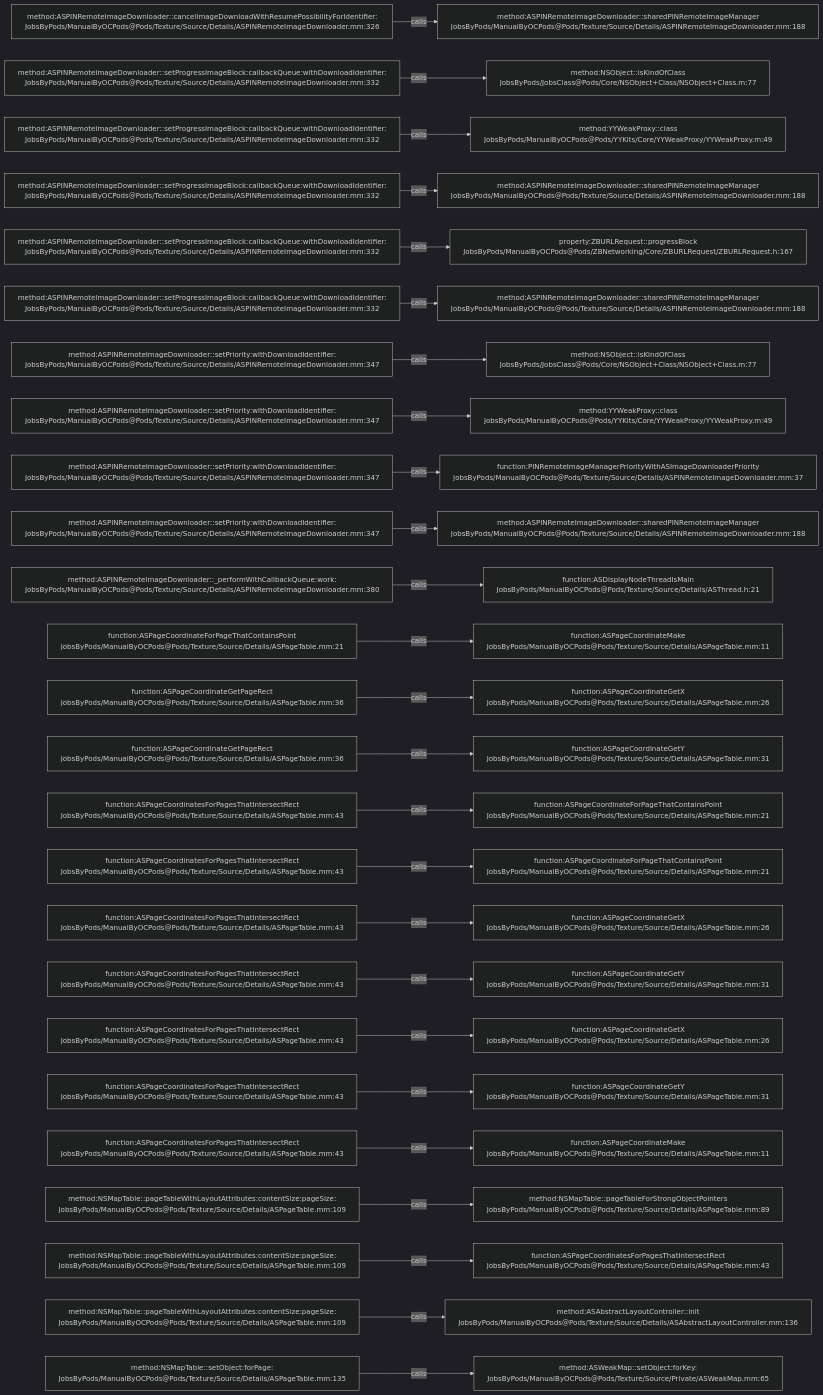
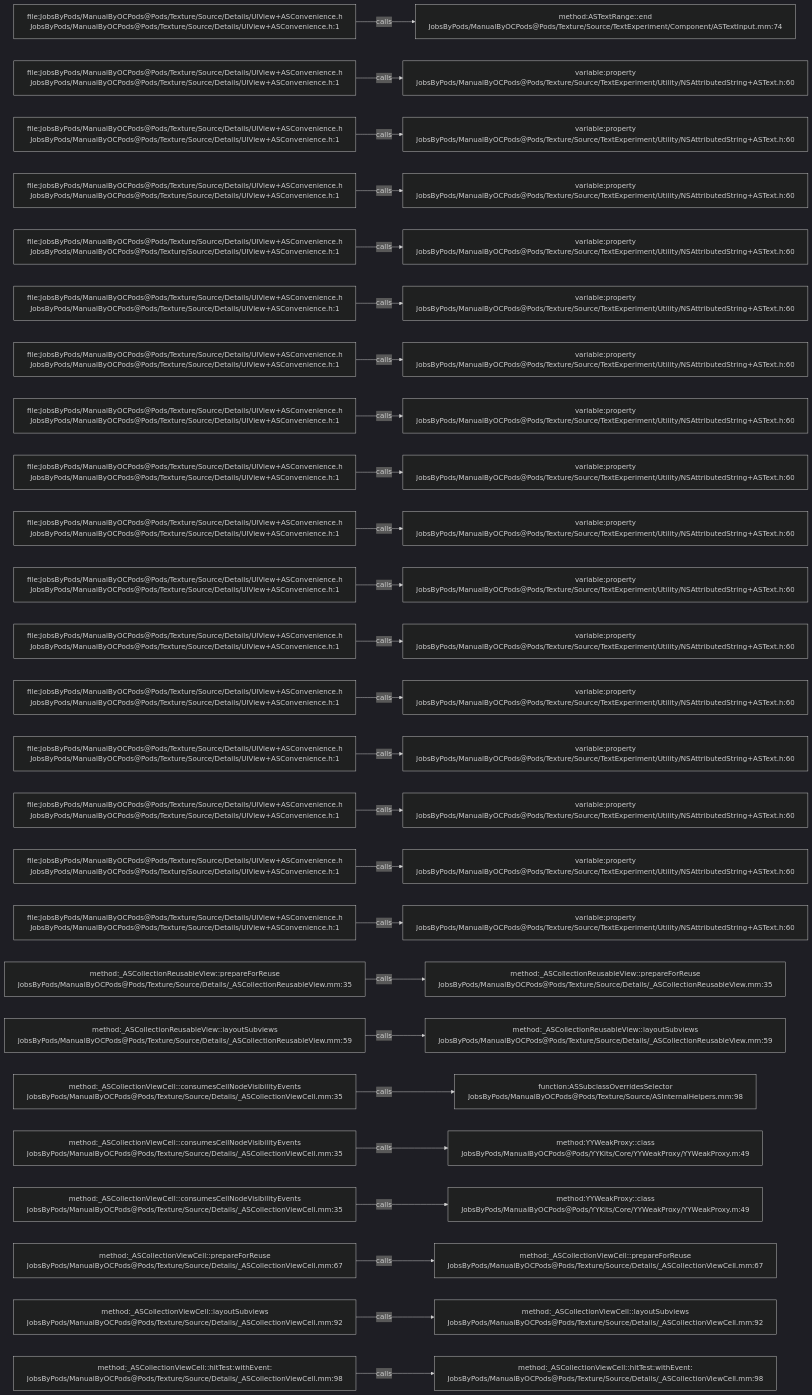
Before and after one commit to JobsKits/JobsOCBaseConfigDemo: the diagram in .codegraph/codegraph.md/graphs/calls-154.md, drawn with Mermaid (dark theme). The commit also changed 2723 other files, not shown here.

````diff
--- a/.codegraph/codegraph.md/graphs/calls-154.md
+++ b/.codegraph/codegraph.md/graphs/calls-154.md
@@ -13,78 +13,78 @@
 ```mermaid
 flowchart LR
-  S1["method:ASPINRemoteImageDownloader::cancelImageDownloadWithResumePossibilityForIdentifier:<br/>JobsByPods/ManualByOCPods@Pods/Texture/Source/Details/ASPINRemoteImageDownloader.mm:326"]
-  T1["method:ASPINRemoteImageDownloader::sharedPINRemoteImageManager<br/>JobsByPods/ManualByOCPods@Pods/Texture/Source/Details/ASPINRemoteImageDownloader.mm:188"]
+  S1["file:JobsByPods/ManualByOCPods@Pods/Texture/Source/Details/UIView+ASConvenience.h<br/>JobsByPods/ManualByOCPods@Pods/Texture/Source/Details/UIView+ASConvenience.h:1"]
+  T1["method:ASTextRange::end<br/>JobsByPods/ManualByOCPods@Pods/Texture/Source/TextExperiment/Component/ASTextInput.mm:74"]
   S1 -->|calls| T1
-  S2["method:ASPINRemoteImageDownloader::setProgressImageBlock:callbackQueue:withDownloadIdentifier:<br/>JobsByPods/ManualByOCPods@Pods/Texture/Source/Details/ASPINRemoteImageDownloader.mm:332"]
-  T2["method:NSObject::isKindOfClass<br/>JobsByPods/JobsClass@Pods/Core/NSObject+Class/NSObject+Class.m:77"]
+  S2["file:JobsByPods/ManualByOCPods@Pods/Texture/Source/Details/UIView+ASConvenience.h<br/>JobsByPods/ManualByOCPods@Pods/Texture/Source/Details/UIView+ASConvenience.h:1"]
+  T2["variable:property<br/>JobsByPods/ManualByOCPods@Pods/Texture/Source/TextExperiment/Utility/NSAttributedString+ASText.h:60"]
   S2 -->|calls| T2
-  S3["method:ASPINRemoteImageDownloader::setProgressImageBlock:callbackQueue:withDownloadIdentifier:<br/>JobsByPods/ManualByOCPods@Pods/Texture/Source/Details/ASPINRemoteImageDownloader.mm:332"]
-  T3["method:YYWeakProxy::class<br/>JobsByPods/ManualByOCPods@Pods/YYKits/Core/YYWeakProxy/YYWeakProxy.m:49"]
+  S3["file:JobsByPods/ManualByOCPods@Pods/Texture/Source/Details/UIView+ASConvenience.h<br/>JobsByPods/ManualByOCPods@Pods/Texture/Source/Details/UIView+ASConvenience.h:1"]
+  T3["variable:property<br/>JobsByPods/ManualByOCPods@Pods/Texture/Source/TextExperiment/Utility/NSAttributedString+ASText.h:60"]
   S3 -->|calls| T3
-  S4["method:ASPINRemoteImageDownloader::setProgressImageBlock:callbackQueue:withDownloadIdentifier:<br/>JobsByPods/ManualByOCPods@Pods/Texture/Source/Details/ASPINRemoteImageDownloader.mm:332"]
-  T4["method:ASPINRemoteImageDownloader::sharedPINRemoteImageManager<br/>JobsByPods/ManualByOCPods@Pods/Texture/Source/Details/ASPINRemoteImageDownloader.mm:188"]
+  S4["file:JobsByPods/ManualByOCPods@Pods/Texture/Source/Details/UIView+ASConvenience.h<br/>JobsByPods/ManualByOCPods@Pods/Texture/Source/Details/UIView+ASConvenience.h:1"]
+  T4["variable:property<br/>JobsByPods/ManualByOCPods@Pods/Texture/Source/TextExperiment/Utility/NSAttributedString+ASText.h:60"]
   S4 -->|calls| T4
-  S5["method:ASPINRemoteImageDownloader::setProgressImageBlock:callbackQueue:withDownloadIdentifier:<br/>JobsByPods/ManualByOCPods@Pods/Texture/Source/Details/ASPINRemoteImageDownloader.mm:332"]
-  T5["property:ZBURLRequest::progressBlock<br/>JobsByPods/ManualByOCPods@Pods/ZBNetworking/Core/ZBURLRequest/ZBURLRequest.h:167"]
+  S5["file:JobsByPods/ManualByOCPods@Pods/Texture/Source/Details/UIView+ASConvenience.h<br/>JobsByPods/ManualByOCPods@Pods/Texture/Source/Details/UIView+ASConvenience.h:1"]
+  T5["variable:property<br/>JobsByPods/ManualByOCPods@Pods/Texture/Source/TextExperiment/Utility/NSAttributedString+ASText.h:60"]
   S5 -->|calls| T5
-  S6["method:ASPINRemoteImageDownloader::setProgressImageBlock:callbackQueue:withDownloadIdentifier:<br/>JobsByPods/ManualByOCPods@Pods/Texture/Source/Details/ASPINRemoteImageDownloader.mm:332"]
-  T6["method:ASPINRemoteImageDownloader::sharedPINRemoteImageManager<br/>JobsByPods/ManualByOCPods@Pods/Texture/Source/Details/ASPINRemoteImageDownloader.mm:188"]
+  S6["file:JobsByPods/ManualByOCPods@Pods/Texture/Source/Details/UIView+ASConvenience.h<br/>JobsByPods/ManualByOCPods@Pods/Texture/Source/Details/UIView+ASConvenience.h:1"]
+  T6["variable:property<br/>JobsByPods/ManualByOCPods@Pods/Texture/Source/TextExperiment/Utility/NSAttributedString+ASText.h:60"]
   S6 -->|calls| T6
-  S7["method:ASPINRemoteImageDownloader::setPriority:withDownloadIdentifier:<br/>JobsByPods/ManualByOCPods@Pods/Texture/Source/Details/ASPINRemoteImageDownloader.mm:347"]
-  T7["method:NSObject::isKindOfClass<br/>JobsByPods/JobsClass@Pods/Core/NSObject+Class/NSObject+Class.m:77"]
+  S7["file:JobsByPods/ManualByOCPods@Pods/Texture/Source/Details/UIView+ASConvenience.h<br/>JobsByPods/ManualByOCPods@Pods/Texture/Source/Details/UIView+ASConvenience.h:1"]
+  T7["variable:property<br/>JobsByPods/ManualByOCPods@Pods/Texture/Source/TextExperiment/Utility/NSAttributedString+ASText.h:60"]
   S7 -->|calls| T7
-  S8["method:ASPINRemoteImageDownloader::setPriority:withDownloadIdentifier:<br/>JobsByPods/ManualByOCPods@Pods/Texture/Source/Details/ASPINRemoteImageDownloader.mm:347"]
-  T8["method:YYWeakProxy::class<br/>JobsByPods/ManualByOCPods@Pods/YYKits/Core/YYWeakProxy/YYWeakProxy.m:49"]
+  S8["file:JobsByPods/ManualByOCPods@Pods/Texture/Source/Details/UIView+ASConvenience.h<br/>JobsByPods/ManualByOCPods@Pods/Texture/Source/Details/UIView+ASConvenience.h:1"]
+  T8["variable:property<br/>JobsByPods/ManualByOCPods@Pods/Texture/Source/TextExperiment/Utility/NSAttributedString+ASText.h:60"]
   S8 -->|calls| T8
-  S9["method:ASPINRemoteImageDownloader::setPriority:withDownloadIdentifier:<br/>JobsByPods/ManualByOCPods@Pods/Texture/Source/Details/ASPINRemoteImageDownloader.mm:347"]
-  T9["function:PINRemoteImageManagerPriorityWithASImageDownloaderPriority<br/>JobsByPods/ManualByOCPods@Pods/Texture/Source/Details/ASPINRemoteImageDownloader.mm:37"]
+  S9["file:JobsByPods/ManualByOCPods@Pods/Texture/Source/Details/UIView+ASConvenience.h<br/>JobsByPods/ManualByOCPods@Pods/Texture/Source/Details/UIView+ASConvenience.h:1"]
+  T9["variable:property<br/>JobsByPods/ManualByOCPods@Pods/Texture/Source/TextExperiment/Utility/NSAttributedString+ASText.h:60"]
   S9 -->|calls| T9
-  S10["method:ASPINRemoteImageDownloader::setPriority:withDownloadIdentifier:<br/>JobsByPods/ManualByOCPods@Pods/Texture/Source/Details/ASPINRemoteImageDownloader.mm:347"]
-  T10["method:ASPINRemoteImageDownloader::sharedPINRemoteImageManager<br/>JobsByPods/ManualByOCPods@Pods/Texture/Source/Details/ASPINRemoteImageDownloader.mm:188"]
+  S10["file:JobsByPods/ManualByOCPods@Pods/Texture/Source/Details/UIView+ASConvenience.h<br/>JobsByPods/ManualByOCPods@Pods/Texture/Source/Details/UIView+ASConvenience.h:1"]
+  T10["variable:property<br/>JobsByPods/ManualByOCPods@Pods/Texture/Source/TextExperiment/Utility/NSAttributedString+ASText.h:60"]
   S10 -->|calls| T10
-  S11["method:ASPINRemoteImageDownloader::_performWithCallbackQueue:work:<br/>JobsByPods/ManualByOCPods@Pods/Texture/Source/Details/ASPINRemoteImageDownloader.mm:380"]
-  T11["function:ASDisplayNodeThreadIsMain<br/>JobsByPods/ManualByOCPods@Pods/Texture/Source/Details/ASThread.h:21"]
+  S11["file:JobsByPods/ManualByOCPods@Pods/Texture/Source/Details/UIView+ASConvenience.h<br/>JobsByPods/ManualByOCPods@Pods/Texture/Source/Details/UIView+ASConvenience.h:1"]
+  T11["variable:property<br/>JobsByPods/ManualByOCPods@Pods/Texture/Source/TextExperiment/Utility/NSAttributedString+ASText.h:60"]
   S11 -->|calls| T11
-  S12["function:ASPageCoordinateForPageThatContainsPoint<br/>JobsByPods/ManualByOCPods@Pods/Texture/Source/Details/ASPageTable.mm:21"]
-  T12["function:ASPageCoordinateMake<br/>JobsByPods/ManualByOCPods@Pods/Texture/Source/Details/ASPageTable.mm:11"]
+  S12["file:JobsByPods/ManualByOCPods@Pods/Texture/Source/Details/UIView+ASConvenience.h<br/>JobsByPods/ManualByOCPods@Pods/Texture/Source/Details/UIView+ASConvenience.h:1"]
+  T12["variable:property<br/>JobsByPods/ManualByOCPods@Pods/Texture/Source/TextExperiment/Utility/NSAttributedString+ASText.h:60"]
   S12 -->|calls| T12
-  S13["function:ASPageCoordinateGetPageRect<br/>JobsByPods/ManualByOCPods@Pods/Texture/Source/Details/ASPageTable.mm:36"]
-  T13["function:ASPageCoordinateGetX<br/>JobsByPods/ManualByOCPods@Pods/Texture/Source/Details/ASPageTable.mm:26"]
+  S13["file:JobsByPods/ManualByOCPods@Pods/Texture/Source/Details/UIView+ASConvenience.h<br/>JobsByPods/ManualByOCPods@Pods/Texture/Source/Details/UIView+ASConvenience.h:1"]
+  T13["variable:property<br/>JobsByPods/ManualByOCPods@Pods/Texture/Source/TextExperiment/Utility/NSAttributedString+ASText.h:60"]
   S13 -->|calls| T13
-  S14["function:ASPageCoordinateGetPageRect<br/>JobsByPods/ManualByOCPods@Pods/Texture/Source/Details/ASPageTable.mm:36"]
-  T14["function:ASPageCoordinateGetY<br/>JobsByPods/ManualByOCPods@Pods/Texture/Source/Details/ASPageTable.mm:31"]
+  S14["file:JobsByPods/ManualByOCPods@Pods/Texture/Source/Details/UIView+ASConvenience.h<br/>JobsByPods/ManualByOCPods@Pods/Texture/Source/Details/UIView+ASConvenience.h:1"]
+  T14["variable:property<br/>JobsByPods/ManualByOCPods@Pods/Texture/Source/TextExperiment/Utility/NSAttributedString+ASText.h:60"]
   S14 -->|calls| T14
-  S15["function:ASPageCoordinatesForPagesThatIntersectRect<br/>JobsByPods/ManualByOCPods@Pods/Texture/Source/Details/ASPageTable.mm:43"]
-  T15["function:ASPageCoordinateForPageThatContainsPoint<br/>JobsByPods/ManualByOCPods@Pods/Texture/Source/Details/ASPageTable.mm:21"]
+  S15["file:JobsByPods/ManualByOCPods@Pods/Texture/Source/Details/UIView+ASConvenience.h<br/>JobsByPods/ManualByOCPods@Pods/Texture/Source/Details/UIView+ASConvenience.h:1"]
+  T15["variable:property<br/>JobsByPods/ManualByOCPods@Pods/Texture/Source/TextExperiment/Utility/NSAttributedString+ASText.h:60"]
   S15 -->|calls| T15
-  S16["function:ASPageCoordinatesForPagesThatIntersectRect<br/>JobsByPods/ManualByOCPods@Pods/Texture/Source/Details/ASPageTable.mm:43"]
-  T16["function:ASPageCoordinateForPageThatContainsPoint<br/>JobsByPods/ManualByOCPods@Pods/Texture/Source/Details/ASPageTable.mm:21"]
+  S16["file:JobsByPods/ManualByOCPods@Pods/Texture/Source/Details/UIView+ASConvenience.h<br/>JobsByPods/ManualByOCPods@Pods/Texture/Source/Details/UIView+ASConvenience.h:1"]
+  T16["variable:property<br/>JobsByPods/ManualByOCPods@Pods/Texture/Source/TextExperiment/Utility/NSAttributedString+ASText.h:60"]
   S16 -->|calls| T16
-  S17["function:ASPageCoordinatesForPagesThatIntersectRect<br/>JobsByPods/ManualByOCPods@Pods/Texture/Source/Details/ASPageTable.mm:43"]
-  T17["function:ASPageCoordinateGetX<br/>JobsByPods/ManualByOCPods@Pods/Texture/Source/Details/ASPageTable.mm:26"]
+  S17["file:JobsByPods/ManualByOCPods@Pods/Texture/Source/Details/UIView+ASConvenience.h<br/>JobsByPods/ManualByOCPods@Pods/Texture/Source/Details/UIView+ASConvenience.h:1"]
+  T17["variable:property<br/>JobsByPods/ManualByOCPods@Pods/Texture/Source/TextExperiment/Utility/NSAttributedString+ASText.h:60"]
   S17 -->|calls| T17
-  S18["function:ASPageCoordinatesForPagesThatIntersectRect<br/>JobsByPods/ManualByOCPods@Pods/Texture/Source/Details/ASPageTable.mm:43"]
-  T18["function:ASPageCoordinateGetY<br/>JobsByPods/ManualByOCPods@Pods/Texture/Source/Details/ASPageTable.mm:31"]
+  S18["method:_ASCollectionReusableView::prepareForReuse<br/>JobsByPods/ManualByOCPods@Pods/Texture/Source/Details/_ASCollectionReusableView.mm:35"]
+  T18["method:_ASCollectionReusableView::prepareForReuse<br/>JobsByPods/ManualByOCPods@Pods/Texture/Source/Details/_ASCollectionReusableView.mm:35"]
   S18 -->|calls| T18
-  S19["function:ASPageCoordinatesForPagesThatIntersectRect<br/>JobsByPods/ManualByOCPods@Pods/Texture/Source/Details/ASPageTable.mm:43"]
-  T19["function:ASPageCoordinateGetX<br/>JobsByPods/ManualByOCPods@Pods/Texture/Source/Details/ASPageTable.mm:26"]
+  S19["method:_ASCollectionReusableView::layoutSubviews<br/>JobsByPods/ManualByOCPods@Pods/Texture/Source/Details/_ASCollectionReusableView.mm:59"]
+  T19["method:_ASCollectionReusableView::layoutSubviews<br/>JobsByPods/ManualByOCPods@Pods/Texture/Source/Details/_ASCollectionReusableView.mm:59"]
   S19 -->|calls| T19
-  S20["function:ASPageCoordinatesForPagesThatIntersectRect<br/>JobsByPods/ManualByOCPods@Pods/Texture/Source/Details/ASPageTable.mm:43"]
-  T20["function:ASPageCoordinateGetY<br/>JobsByPods/ManualByOCPods@Pods/Texture/Source/Details/ASPageTable.mm:31"]
+  S20["method:_ASCollectionViewCell::consumesCellNodeVisibilityEvents<br/>JobsByPods/ManualByOCPods@Pods/Texture/Source/Details/_ASCollectionViewCell.mm:35"]
+  T20["function:ASSubclassOverridesSelector<br/>JobsByPods/ManualByOCPods@Pods/Texture/Source/ASInternalHelpers.mm:98"]
   S20 -->|calls| T20
-  S21["function:ASPageCoordinatesForPagesThatIntersectRect<br/>JobsByPods/ManualByOCPods@Pods/Texture/Source/Details/ASPageTable.mm:43"]
-  T21["function:ASPageCoordinateMake<br/>JobsByPods/ManualByOCPods@Pods/Texture/Source/Details/ASPageTable.mm:11"]
+  S21["method:_ASCollectionViewCell::consumesCellNodeVisibilityEvents<br/>JobsByPods/ManualByOCPods@Pods/Texture/Source/Details/_ASCollectionViewCell.mm:35"]
+  T21["method:YYWeakProxy::class<br/>JobsByPods/ManualByOCPods@Pods/YYKits/Core/YYWeakProxy/YYWeakProxy.m:49"]
   S21 -->|calls| T21
-  S22["method:NSMapTable::pageTableWithLayoutAttributes:contentSize:pageSize:<br/>JobsByPods/ManualByOCPods@Pods/Texture/Source/Details/ASPageTable.mm:109"]
-  T22["method:NSMapTable::pageTableForStrongObjectPointers<br/>JobsByPods/ManualByOCPods@Pods/Texture/Source/Details/ASPageTable.mm:89"]
+  S22["method:_ASCollectionViewCell::consumesCellNodeVisibilityEvents<br/>JobsByPods/ManualByOCPods@Pods/Texture/Source/Details/_ASCollectionViewCell.mm:35"]
+  T22["method:YYWeakProxy::class<br/>JobsByPods/ManualByOCPods@Pods/YYKits/Core/YYWeakProxy/YYWeakProxy.m:49"]
   S22 -->|calls| T22
-  S23["method:NSMapTable::pageTableWithLayoutAttributes:contentSize:pageSize:<br/>JobsByPods/ManualByOCPods@Pods/Texture/Source/Details/ASPageTable.mm:109"]
-  T23["function:ASPageCoordinatesForPagesThatIntersectRect<br/>JobsByPods/ManualByOCPods@Pods/Texture/Source/Details/ASPageTable.mm:43"]
+  S23["method:_ASCollectionViewCell::prepareForReuse<br/>JobsByPods/ManualByOCPods@Pods/Texture/Source/Details/_ASCollectionViewCell.mm:67"]
+  T23["method:_ASCollectionViewCell::prepareForReuse<br/>JobsByPods/ManualByOCPods@Pods/Texture/Source/Details/_ASCollectionViewCell.mm:67"]
   S23 -->|calls| T23
-  S24["method:NSMapTable::pageTableWithLayoutAttributes:contentSize:pageSize:<br/>JobsByPods/ManualByOCPods@Pods/Texture/Source/Details/ASPageTable.mm:109"]
-  T24["method:ASAbstractLayoutController::init<br/>JobsByPods/ManualByOCPods@Pods/Texture/Source/Details/ASAbstractLayoutController.mm:136"]
+  S24["method:_ASCollectionViewCell::layoutSubviews<br/>JobsByPods/ManualByOCPods@Pods/Texture/Source/Details/_ASCollectionViewCell.mm:92"]
+  T24["method:_ASCollectionViewCell::layoutSubviews<br/>JobsByPods/ManualByOCPods@Pods/Texture/Source/Details/_ASCollectionViewCell.mm:92"]
   S24 -->|calls| T24
-  S25["method:NSMapTable::setObject:forPage:<br/>JobsByPods/ManualByOCPods@Pods/Texture/Source/Details/ASPageTable.mm:135"]
-  T25["method:ASWeakMap::setObject:forKey:<br/>JobsByPods/ManualByOCPods@Pods/Texture/Source/Private/ASWeakMap.mm:65"]
+  S25["method:_ASCollectionViewCell::hitTest:withEvent:<br/>JobsByPods/ManualByOCPods@Pods/Texture/Source/Details/_ASCollectionViewCell.mm:98"]
+  T25["method:_ASCollectionViewCell::hitTest:withEvent:<br/>JobsByPods/ManualByOCPods@Pods/Texture/Source/Details/_ASCollectionViewCell.mm:98"]
   S25 -->|calls| T25
 ```
````
